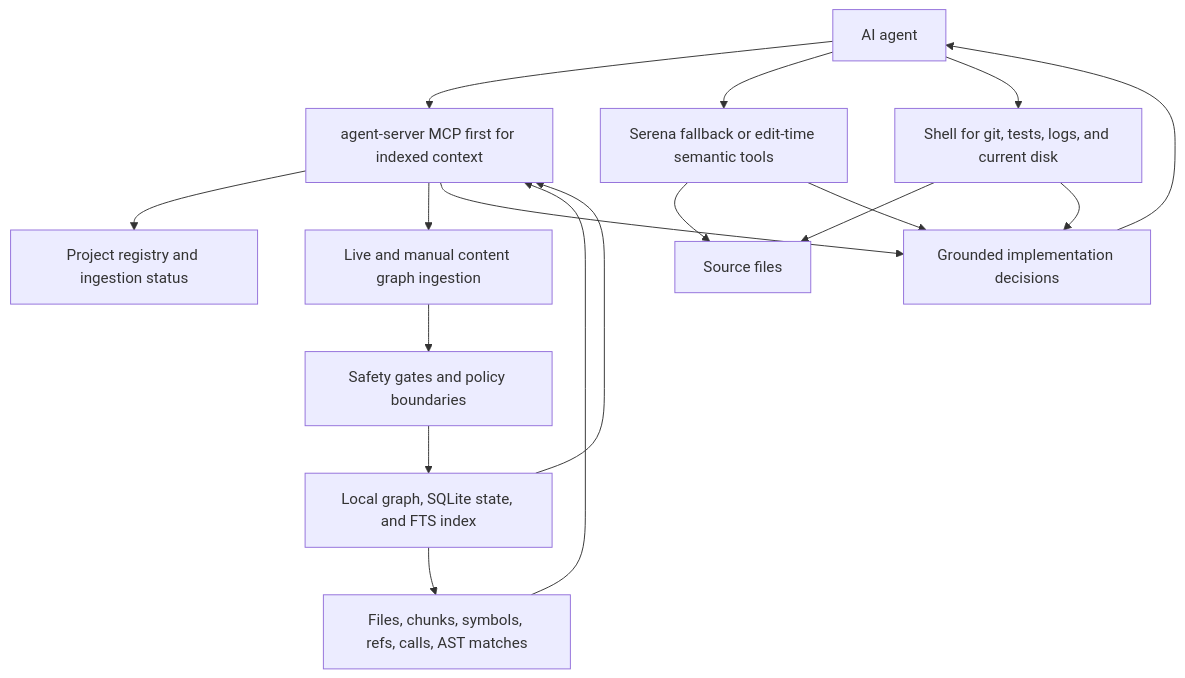
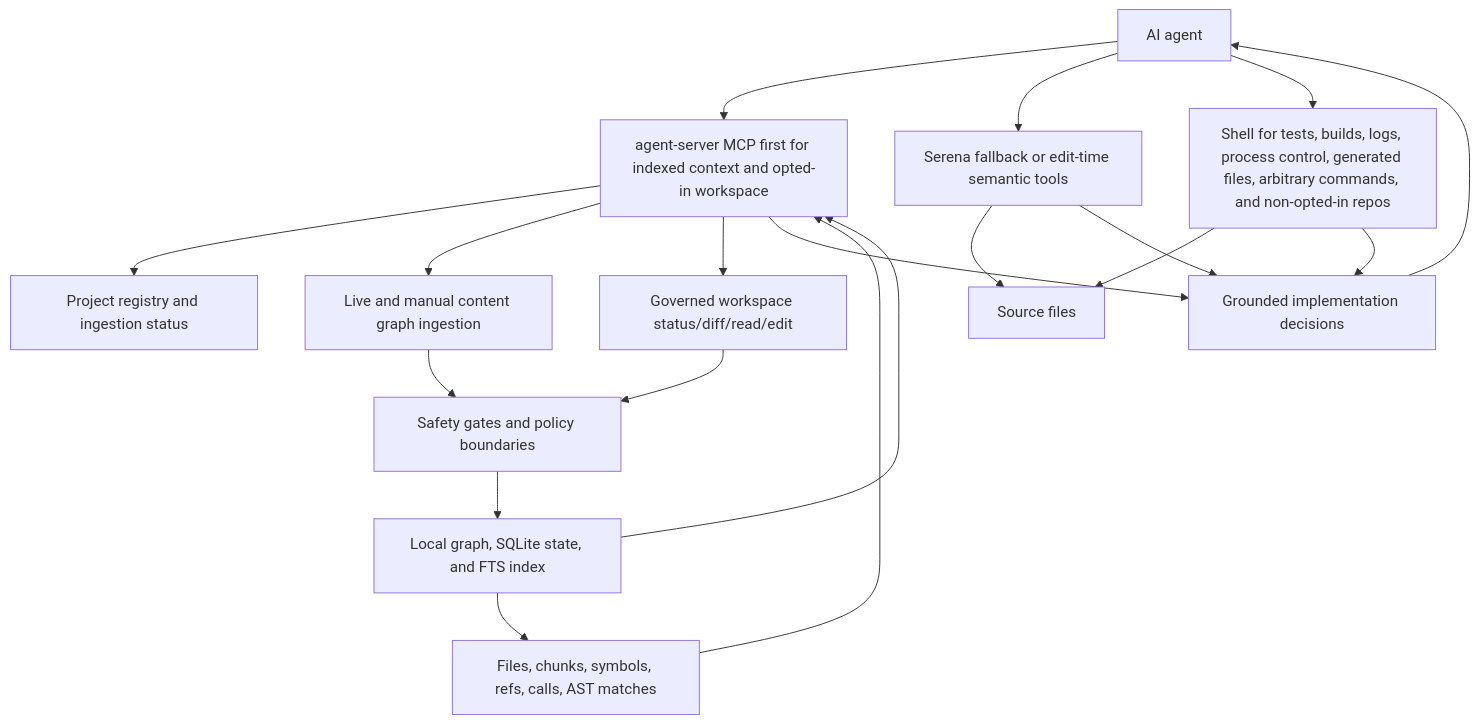
One commit to MiviaLabs/go-mivia changed the third of 4 diagrams in README.md. Above: the diagram before and after it, drawn with Mermaid. The commit also changed other lines of this file and 6 other files, not shown here.

Commit message:
docs(workspace): refresh workspace mcp documentation

````diff
--- a/README.md
+++ b/README.md
@@ -143,31 +148,34 @@
 ```mermaid
 flowchart TB
   Agent["AI agent"]
-  MCP["agent-server MCP first for indexed context"]
+  MCP["agent-server MCP first for indexed context and opted-in workspace"]
   Serena["Serena fallback or edit-time semantic tools"]
-  Shell["Shell for git, tests, logs, and current disk"]
+  Shell["Shell for tests, builds, logs, process control, generated files, arbitrary commands, and non-opted-in repos"]
   Source["Source files"]
+  Workspace["Governed workspace status/diff/read/edit"]
   Indexed["Files, chunks, symbols, refs, calls, AST matches"]
   Registry["Project registry and ingestion status"]
   Ingestion["Live and manual content graph ingestion"]
   Store["Local graph, SQLite state, and FTS index"]
   Guardrails["Safety gates and policy boundaries"]
 
   Agent --> MCP
   MCP --> Registry
   MCP --> Ingestion
+  MCP --> Workspace
   Ingestion --> Guardrails
+  Workspace --> Guardrails
   Guardrails --> Store
   Store --> Indexed
   Indexed --> MCP
   Store --> MCP
   Agent --> Serena
   Serena --> Source
   Agent --> Shell
   Shell --> Source
 
   MCP --> Decision["Grounded implementation decisions"]
   Serena --> Decision
   Shell --> Decision
   Decision --> Agent
 ```
````
